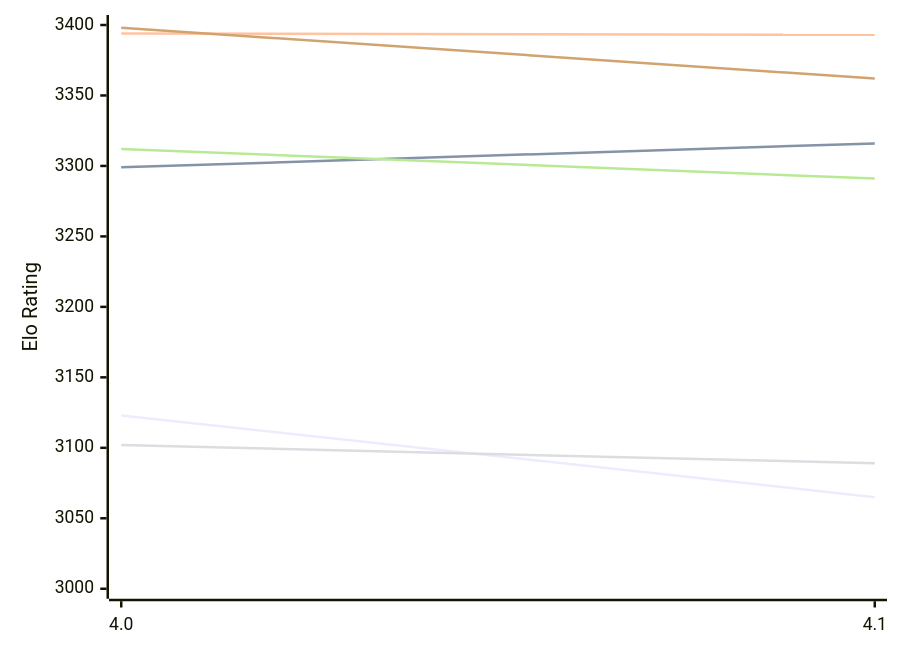
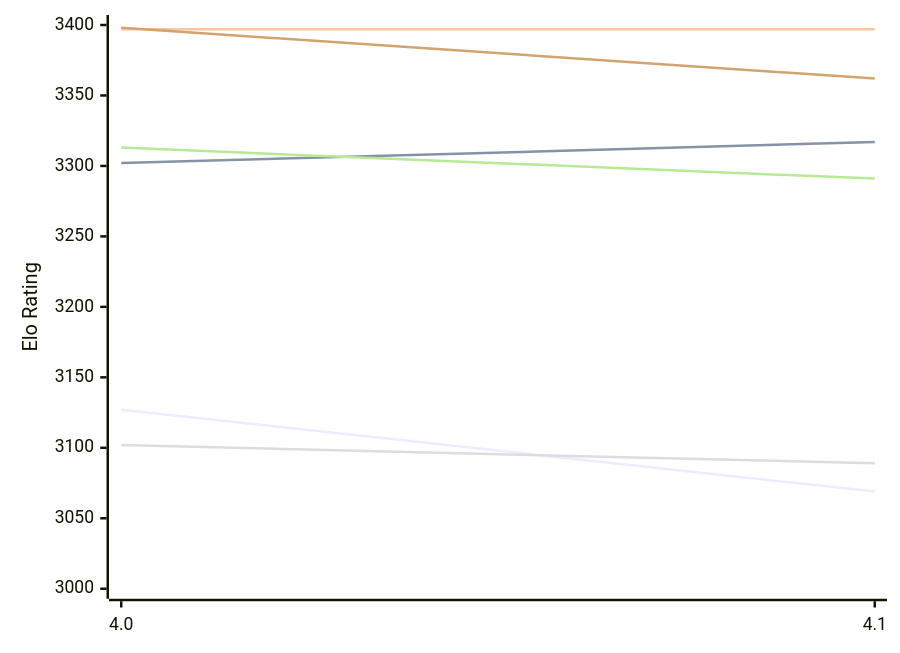
One commit to computer-chess-index/cci changed the first of 2 diagrams in engines/Petrel.md. Above: the diagram before and after it, drawn with Mermaid. The commit also changed other lines of this file, not shown here.

Commit message:
Update CCI Ratings (ELO VLTC) - 2026-11-22

````diff
--- a/engines/Petrel.md
+++ b/engines/Petrel.md
@@ -57,12 +57,12 @@
 ```mermaid
 %%{init: {"theme":"base","themeVariables":{"seriesColors:['#a3a3a3','#222221','#faa371']}}}%%
 xychart-beta
   x-axis ["4.0", "4.1"]
   y-axis "Elo Rating" 3000 --> 3400
-  line "E1: STC (8.0+0.08s)" [3123, 3065]
-  line "E1: LTC (60.0+0.60s)" [3299, 3316]
-  line "E1: VLTC (2m24s+1.12s)" [3394, 3393]
+  line "E1: STC (8.0+0.08s)" [3127, 3069]
+  line "E1: LTC (60.0+0.60s)" [3302, 3317]
+  line "E1: VLTC (2m24s+1.12s)" [3397, 3397]
   line "P1: STC (8.0+0.08s)" [3102, 3089]
-  line "P1: LTC (60.0+0.60s)" [3312, 3291]
+  line "P1: LTC (60.0+0.60s)" [3313, 3291]
   line "P1: VLTC (2m24s+1.12s)" [3398, 3362]
 ```
````
